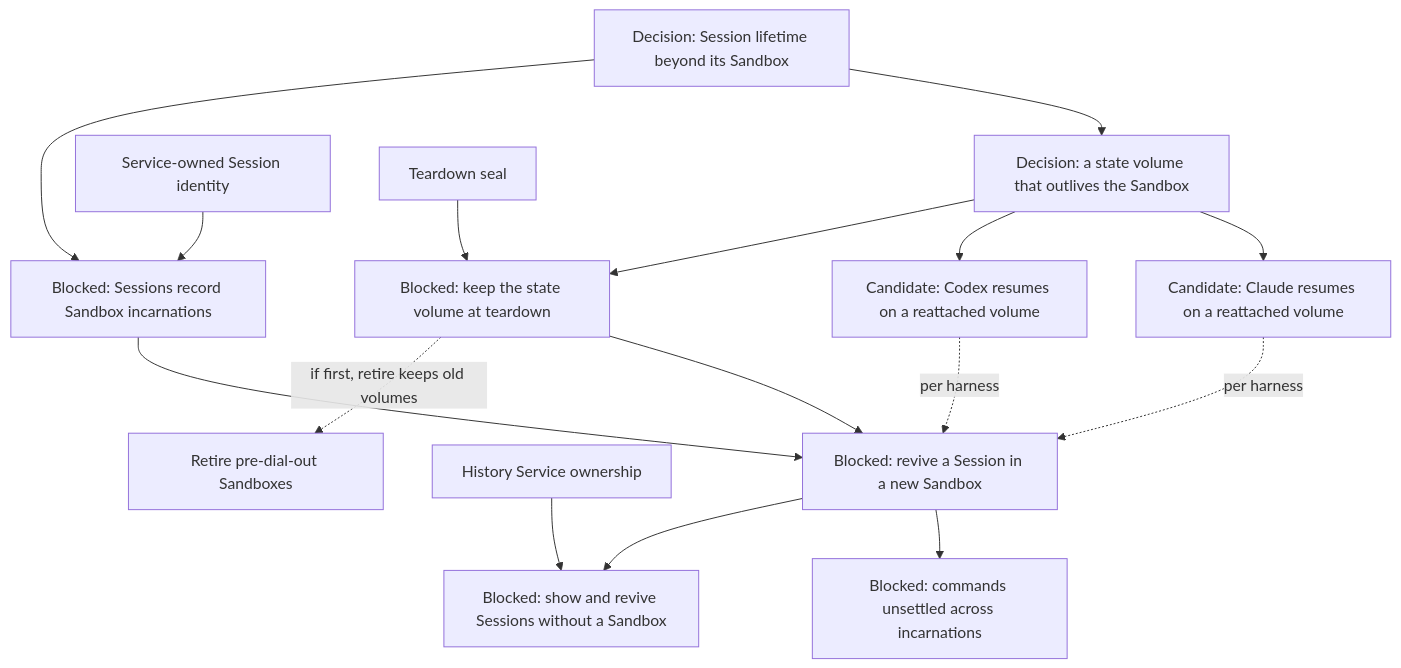
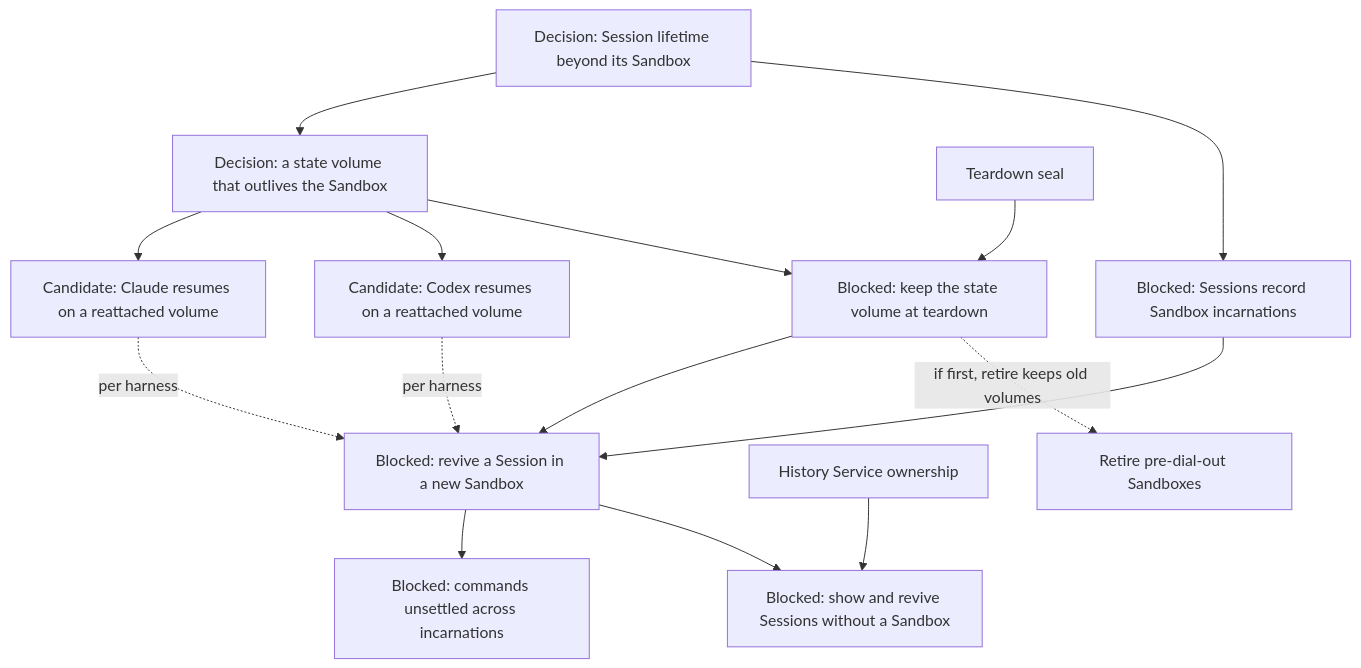
Before and after one commit to agentydragon-agent/ducktape: the ninth of 10 diagrams in agentplane/plans/task_dag.md, drawn with Mermaid. The commit also changed other lines of this file and 11 other files, not shown here.

````diff
--- a/agentplane/plans/task_dag.md
+++ b/agentplane/plans/task_dag.md
@@ -850,31 +839,29 @@
 ```mermaid
 flowchart TD
     DURABLE_SESSION_LIFECYCLE[Decision: Session lifetime beyond its Sandbox]
     SESSION_STATE_VOLUME_DESIGN[Decision: a state volume that outlives the Sandbox]
     CLAUDE_PORTABLE_STATE[Candidate: Claude resumes on a reattached volume]
     CODEX_PORTABLE_STATE[Candidate: Codex resumes on a reattached volume]
     SESSION_INCARNATIONS[Blocked: Sessions record Sandbox incarnations]
     STATE_VOLUME_RETENTION[Blocked: keep the state volume at teardown]
     SESSION_REVIVE[Blocked: revive a Session in a new Sandbox]
     THREAD_SUCCESSOR_DELIVERY[Blocked: commands unsettled across incarnations]
     HOSTED_THREAD_SURFACES[Blocked: show and revive Sessions without a Sandbox]
-    THREAD_IDENTITY_NEW[Service-owned Session identity]
     HISTORY_SERVICE_OWNERSHIP[History Service ownership]
     RUNNER_TEARDOWN_SEAL[Teardown seal]
     LEGACY_SANDBOX_RETIRE[Retire pre-dial-out Sandboxes]
     DURABLE_SESSION_LIFECYCLE --> SESSION_STATE_VOLUME_DESIGN
     DURABLE_SESSION_LIFECYCLE --> SESSION_INCARNATIONS
-    THREAD_IDENTITY_NEW --> SESSION_INCARNATIONS
     SESSION_STATE_VOLUME_DESIGN --> CLAUDE_PORTABLE_STATE
     SESSION_STATE_VOLUME_DESIGN --> CODEX_PORTABLE_STATE
     SESSION_STATE_VOLUME_DESIGN --> STATE_VOLUME_RETENTION
     RUNNER_TEARDOWN_SEAL --> STATE_VOLUME_RETENTION
     SESSION_INCARNATIONS --> SESSION_REVIVE
     STATE_VOLUME_RETENTION --> SESSION_REVIVE
     CLAUDE_PORTABLE_STATE -. per harness .-> SESSION_REVIVE
     CODEX_PORTABLE_STATE -. per harness .-> SESSION_REVIVE
     SESSION_REVIVE --> THREAD_SUCCESSOR_DELIVERY
     SESSION_REVIVE --> HOSTED_THREAD_SURFACES
     HISTORY_SERVICE_OWNERSHIP --> HOSTED_THREAD_SURFACES
     STATE_VOLUME_RETENTION -. if first, retire keeps old volumes .-> LEGACY_SANDBOX_RETIRE
 ```
````
